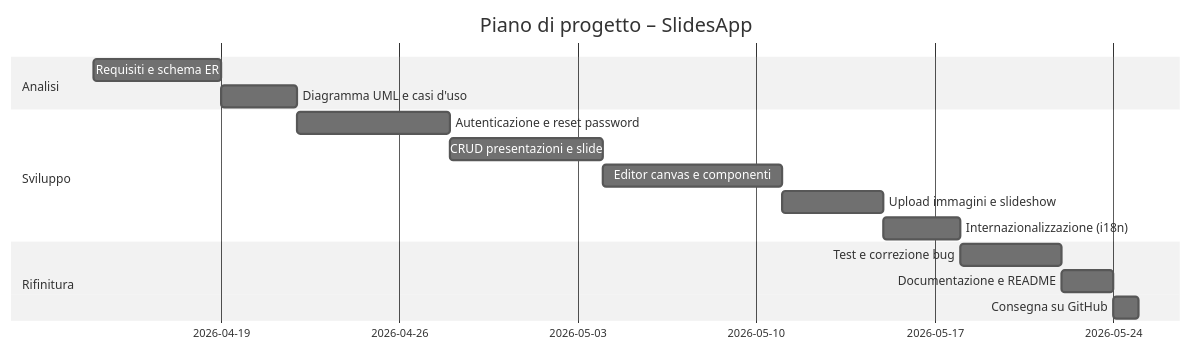
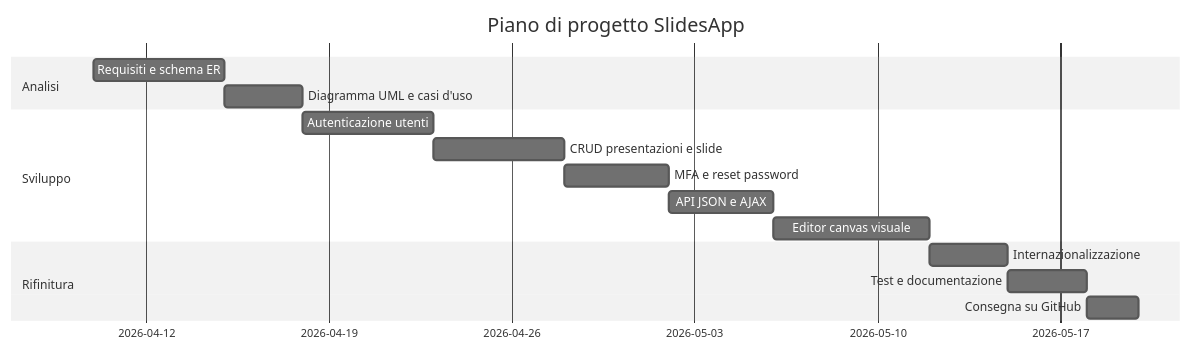
Before and after one commit to CristianMonticelli/Progetto_Maturita: the third of 3 diagrams in Documento_Requisiti_SlidesApp.md, drawn with Mermaid (neutral theme). The commit also changed other lines of this file and 3 other files, not shown here.

````diff
--- a/Documento_Requisiti_SlidesApp.md
+++ b/Documento_Requisiti_SlidesApp.md
@@ -328,18 +334,18 @@
 ```mermaid
 gantt
     dateFormat  YYYY-MM-DD
-    title Piano di progetto – SlidesApp
+    title Piano di progetto SlidesApp
     section Analisi
-    Requisiti e schema ER           :a1, 2026-04-14, 5d
-    Diagramma UML e casi d'uso      :a2, after a1, 3d
+    Requisiti e schema ER         :a1, 2026-04-10, 5d
+    Diagramma UML e casi d'uso    :a2, after a1, 3d
     section Sviluppo
-    Autenticazione e reset password :b1, after a2, 6d
-    CRUD presentazioni e slide      :b2, after b1, 6d
-    Editor canvas e componenti      :b3, after b2, 7d
-    Upload immagini e slideshow     :b4, after b3, 4d
-    Internazionalizzazione (i18n)   :b5, after b4, 3d
+    Autenticazione utenti         :b1, after a2, 5d
+    CRUD presentazioni e slide    :b2, after b1, 5d
+    MFA e reset password          :b3, after b2, 4d
+    API JSON e AJAX               :b4, after b3, 4d
+    Editor canvas visuale         :b5, after b4, 6d
     section Rifinitura
-    Test e correzione bug           :c1, after b5, 4d
-    Documentazione e README         :c2, after c1, 2d
-    Consegna su GitHub              :c3, after c2, 1d
+    Internazionalizzazione        :c1, after b5, 3d
+    Test e documentazione         :c2, after c1, 3d
+    Consegna su GitHub            :c3, after c2, 2d
 ```
````
